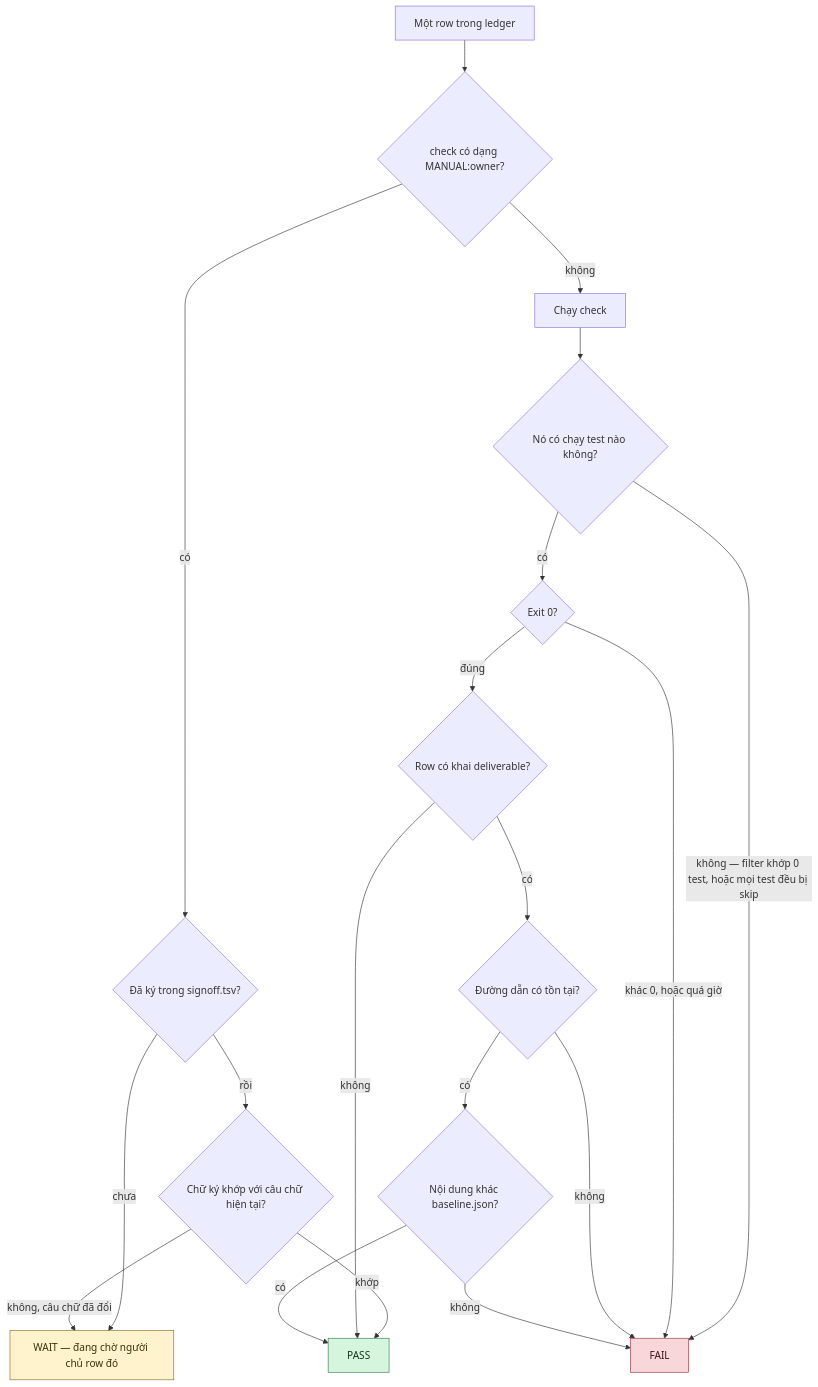
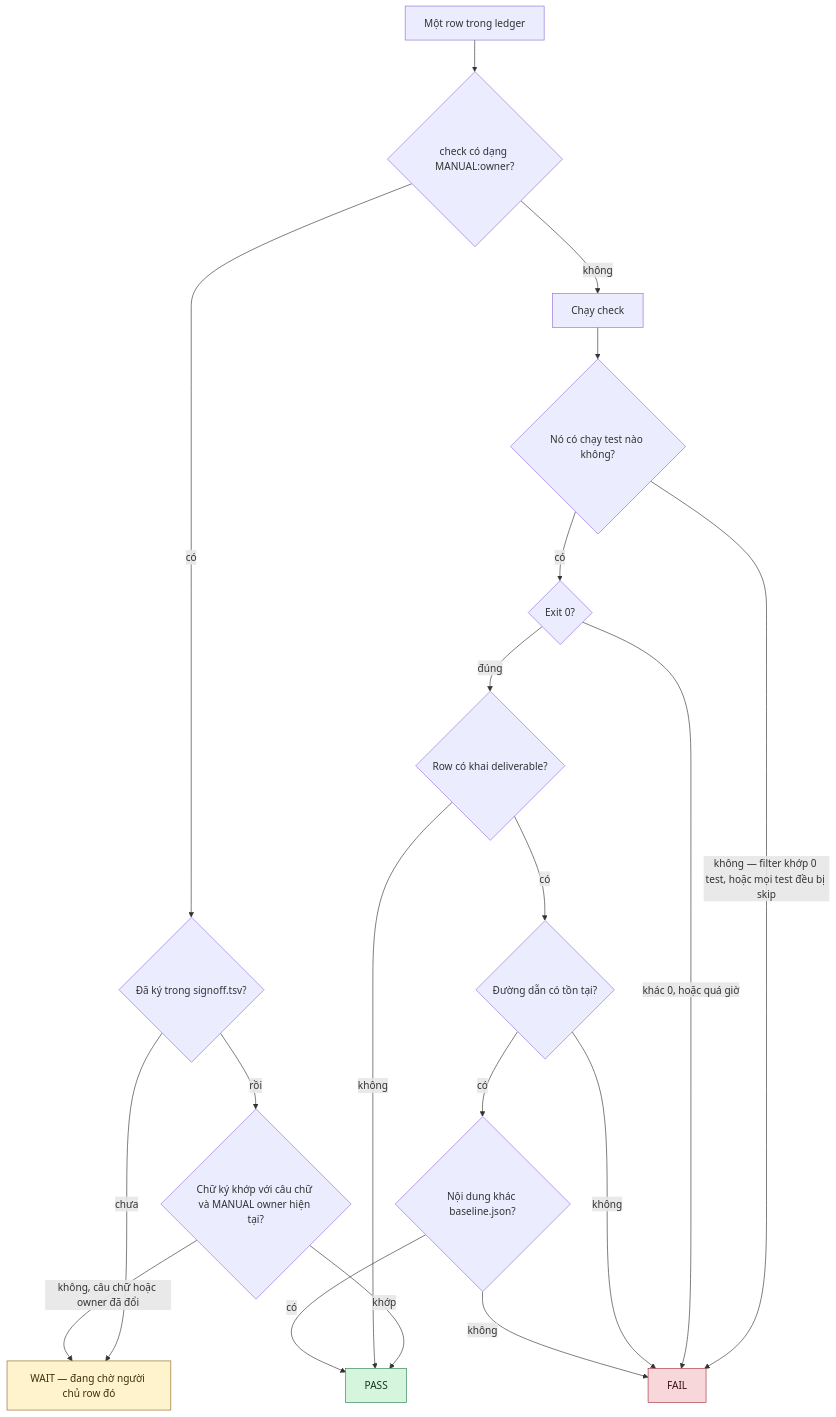
The third of 4 diagrams in docs/how-it-works.vi.md (xtieume/testcase), drawn with Mermaid before and after one commit. The commit also changed other lines of this file and 24 other files, not shown here.

````diff
--- a/docs/how-it-works.vi.md
+++ b/docs/how-it-works.vi.md
@@ -102,43 +103,43 @@
 ```mermaid
 flowchart TD
     ROW["Một row trong ledger"]
     KIND{"check có dạng MANUAL:owner?"}
 
     SIG{"Đã ký trong signoff.tsv?"}
-    HASH{"Chữ ký khớp với câu chữ hiện tại?"}
+    HASH{"Chữ ký khớp với câu chữ và MANUAL owner hiện tại?"}
     WAIT["WAIT — đang chờ người chủ row đó"]
 
     RUN["Chạy check"]
     RAN{"Nó có chạy test nào không?"}
     CODE{"Exit 0?"}
     DELIV{"Row có khai deliverable?"}
     EXISTS{"Đường dẫn có tồn tại?"}
     SHIPPED{"Nội dung khác baseline.json?"}
 
     PASS["PASS"]
     FAIL["FAIL"]
 
     ROW --> KIND
     KIND -->|"có"| SIG
     SIG -->|"chưa"| WAIT
     SIG -->|"rồi"| HASH
-    HASH -->|"không, câu chữ đã đổi"| WAIT
+    HASH -->|"không, câu chữ hoặc owner đã đổi"| WAIT
     HASH -->|"khớp"| PASS
 
     KIND -->|"không"| RUN
     RUN --> RAN
     RAN -->|"không — filter khớp 0 test, hoặc mọi test đều bị skip"| FAIL
     RAN -->|"có"| CODE
     CODE -->|"khác 0, hoặc quá giờ"| FAIL
     CODE -->|"đúng"| DELIV
     DELIV -->|"không"| PASS
     DELIV -->|"có"| EXISTS
     EXISTS -->|"không"| FAIL
     EXISTS -->|"có"| SHIPPED
     SHIPPED -->|"không"| FAIL
     SHIPPED -->|"có"| PASS
 
     style PASS fill:#d6f5dd,stroke:#2f7d4f,color:#12351f
     style FAIL fill:#f8d7da,stroke:#a3303b,color:#3b1015
     style WAIT fill:#fff3cd,stroke:#8a6d1f,color:#3b2f08
 ```
````
